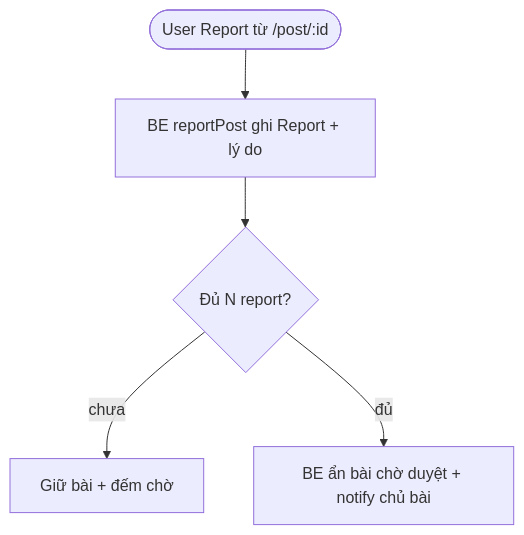
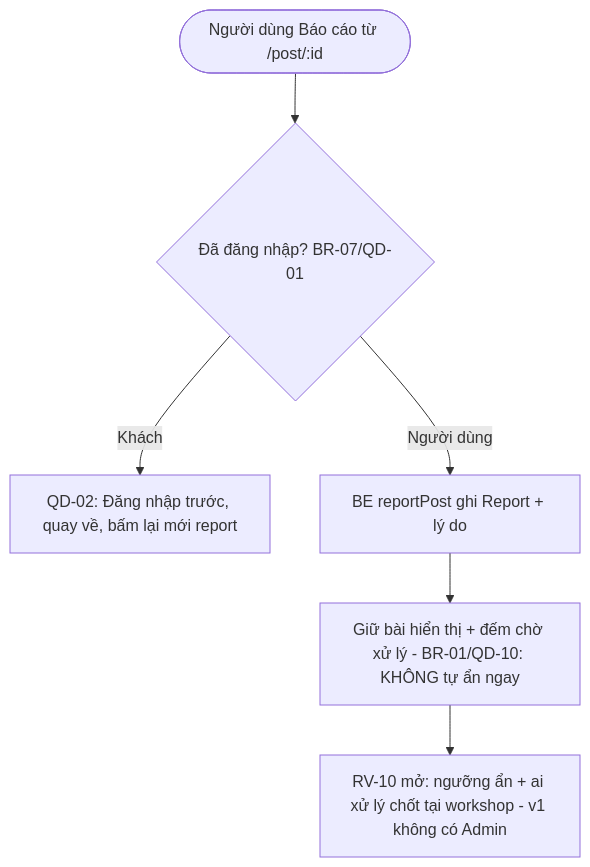
One commit to anqp5002/ToMateTo changed the fourth of 5 diagrams in docs/phase1-requirements/2.2_process_flows_BE.md. Above: the diagram before and after it, drawn with Mermaid. The commit also changed other lines of this file, not shown here.

Commit message:
docs(s1): sua process flows BE theo catalog lead UC-07/13/14/15/18/19

````diff
--- a/docs/phase1-requirements/2.2_process_flows_BE.md
+++ b/docs/phase1-requirements/2.2_process_flows_BE.md
@@ -57,7 +75,8 @@
 ```mermaid
 flowchart TB
-  U1([User Report từ /post/:id]) --> B1[BE reportPost ghi Report + lý do]
-  B1 --> B2{Đủ N report?}
-  B2 -- chưa --> K1[Giữ bài + đếm chờ]
-  B2 -- đủ --> B3[BE ẩn bài chờ duyệt + notify chủ bài]
+  U1([Người dùng Báo cáo từ /post/:id]) --> A1{Đã đăng nhập? BR-07/QD-01}
+  A1 -- Khách --> L[QD-02: Đăng nhập trước, quay về, bấm lại mới report]
+  A1 -- Người dùng --> B1[BE reportPost ghi Report + lý do]
+  B1 --> K1[Giữ bài hiển thị + đếm chờ xử lý - BR-01/QD-10: KHÔNG tự ẩn ngay]
+  K1 --> R1[RV-10 mở: ngưỡng ẩn + ai xử lý chốt tại workshop - v1 không có Admin]
 ```
````
